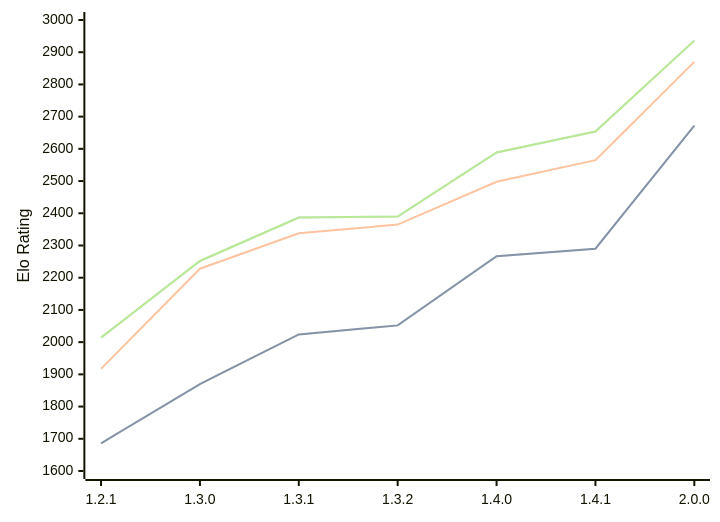
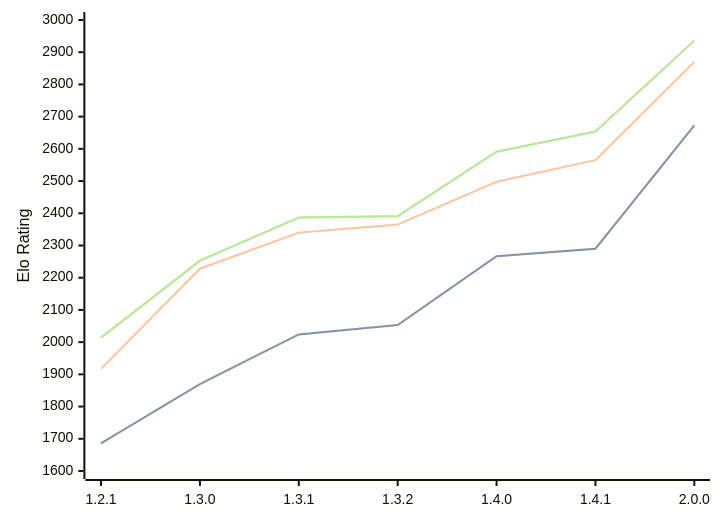
The diagram in engines/Chal.md (computer-chess-index/cci), drawn with Mermaid before and after one commit. The commit also changed other lines of this file, not shown here.

Commit message:
Update CCI Ratings (ELO VLTC) - 2026-10-08

````diff
--- a/engines/Chal.md
+++ b/engines/Chal.md
@@ -37,11 +37,11 @@
 ```mermaid
 %%{init: {"theme":"base","themeVariables":{"seriesColors:['#a3a3a3','#222221','#faa371']}}}%%
 xychart-beta
   x-axis ["1.2.1", "1.3.0", "1.3.1", "1.3.2", "1.4.0", "1.4.1", "2.0.0"]
   y-axis "Elo Rating" 1600 --> 3000
-  line "" [1686, 1870, 2024, 2052, 2267, 2290, 2672]
-  line "STC (8.0+0.08s)" [1686, 1870, 2024, 2052, 2267, 2290, 2672]
-  line "LTC (60.0+0.60s)" [1917, 2228, 2338, 2365, 2498, 2565, 2870]
-  line "" [2014, 2252, 2387, 2390, 2589, 2654, 2936]
-  line "VLTC (2m24s+1.12s)" [2014, 2252, 2387, 2390, 2589, 2654, 2936]
+  line "" [1686, 1870, 2024, 2053, 2267, 2290, 2673]
+  line "STC (8.0+0.08s)" [1686, 1870, 2024, 2053, 2267, 2290, 2673]
+  line "LTC (60.0+0.60s)" [1917, 2228, 2340, 2365, 2498, 2565, 2870]
+  line "" [2014, 2253, 2387, 2391, 2591, 2654, 2936]
+  line "VLTC (2m24s+1.12s)" [2014, 2253, 2387, 2391, 2591, 2654, 2936]
 ```
````
